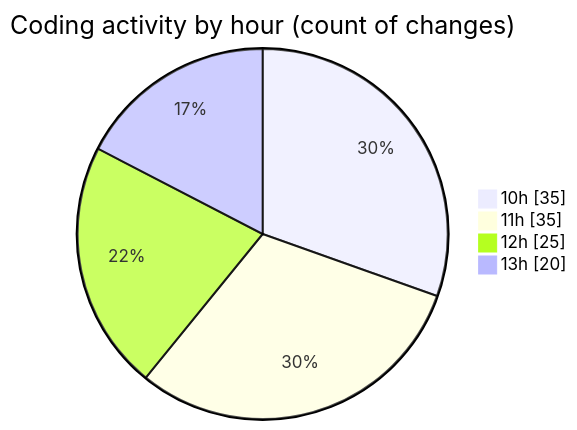
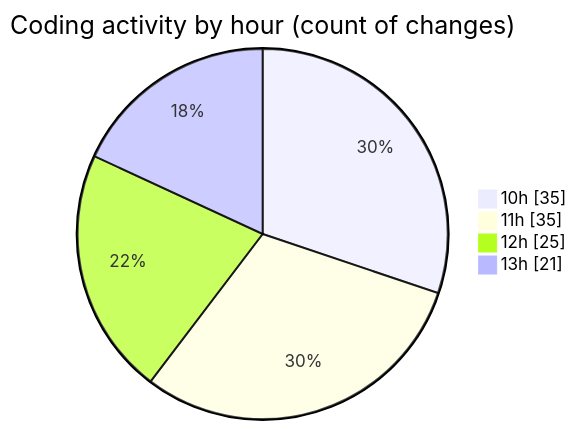
Before and after one commit to momahboobian/code-tracking: the second of 2 diagrams in 2025-03-26/cda/README.md, drawn with Mermaid. The commit also changed other lines of this file and 1 other file, not shown here.

````diff
--- a/2025-03-26/cda/README.md
+++ b/2025-03-26/cda/README.md
@@ -53,8 +53,8 @@
 ```mermaid
 pie showData
 title Coding activity by hour (count of changes)
 "10h" : 35
 "11h" : 35
 "12h" : 25
-"13h" : 20
+"13h" : 21
 ```
````
